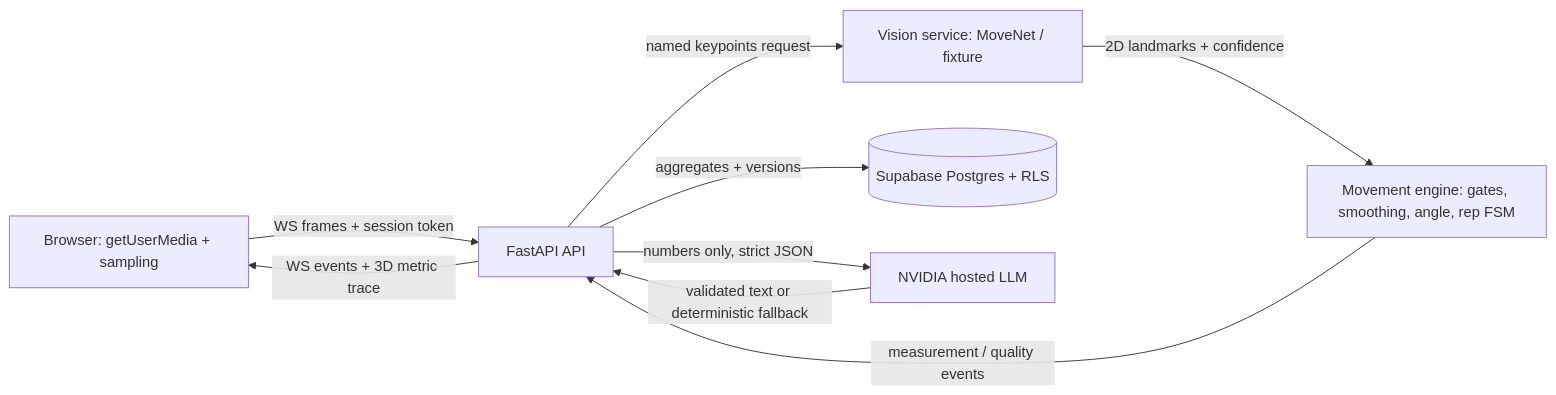
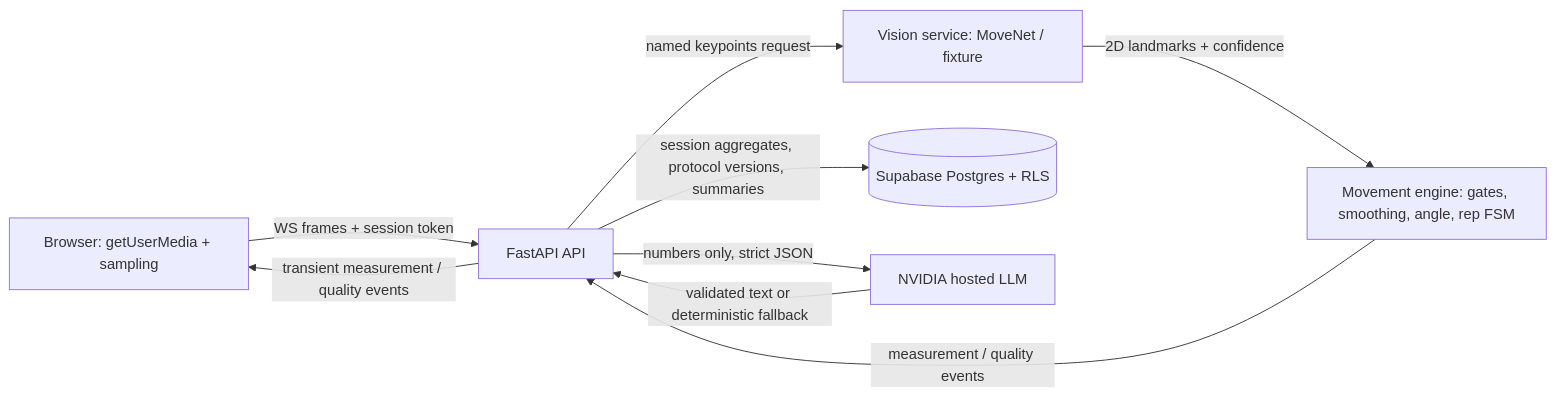
The diagram in docs/backend_guide.md (Mihon-Community/Rehabloop), drawn with Mermaid before and after one commit. The commit also changed other lines of this file and 1 other file, not shown here.

````diff
--- a/docs/backend_guide.md
+++ b/docs/backend_guide.md
@@ -30,11 +30,11 @@
 ```mermaid
 flowchart LR
   B[Browser: getUserMedia + sampling] -->|WS frames + session token| API[FastAPI API]
   API -->|named keypoints request| V[Vision service: MoveNet / fixture]
   V -->|2D landmarks + confidence| E[Movement engine: gates, smoothing, angle, rep FSM]
   E -->|measurement / quality events| API
-  API -->|WS events + 3D metric trace| B
-  API -->|aggregates + versions| S[(Supabase Postgres + RLS)]
+  API -->|transient measurement / quality events| B
+  API -->|session aggregates, protocol versions, summaries| S[(Supabase Postgres + RLS)]
   API -->|numbers only, strict JSON| N[NVIDIA hosted LLM]
   N -->|validated text or deterministic fallback| API
 ```
````
